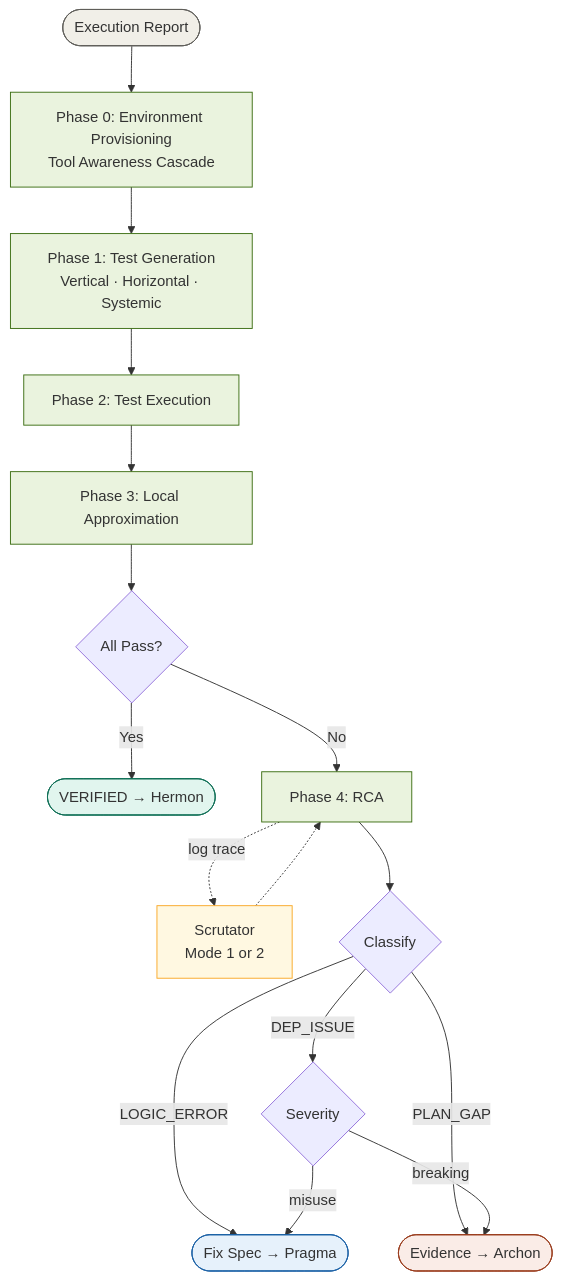
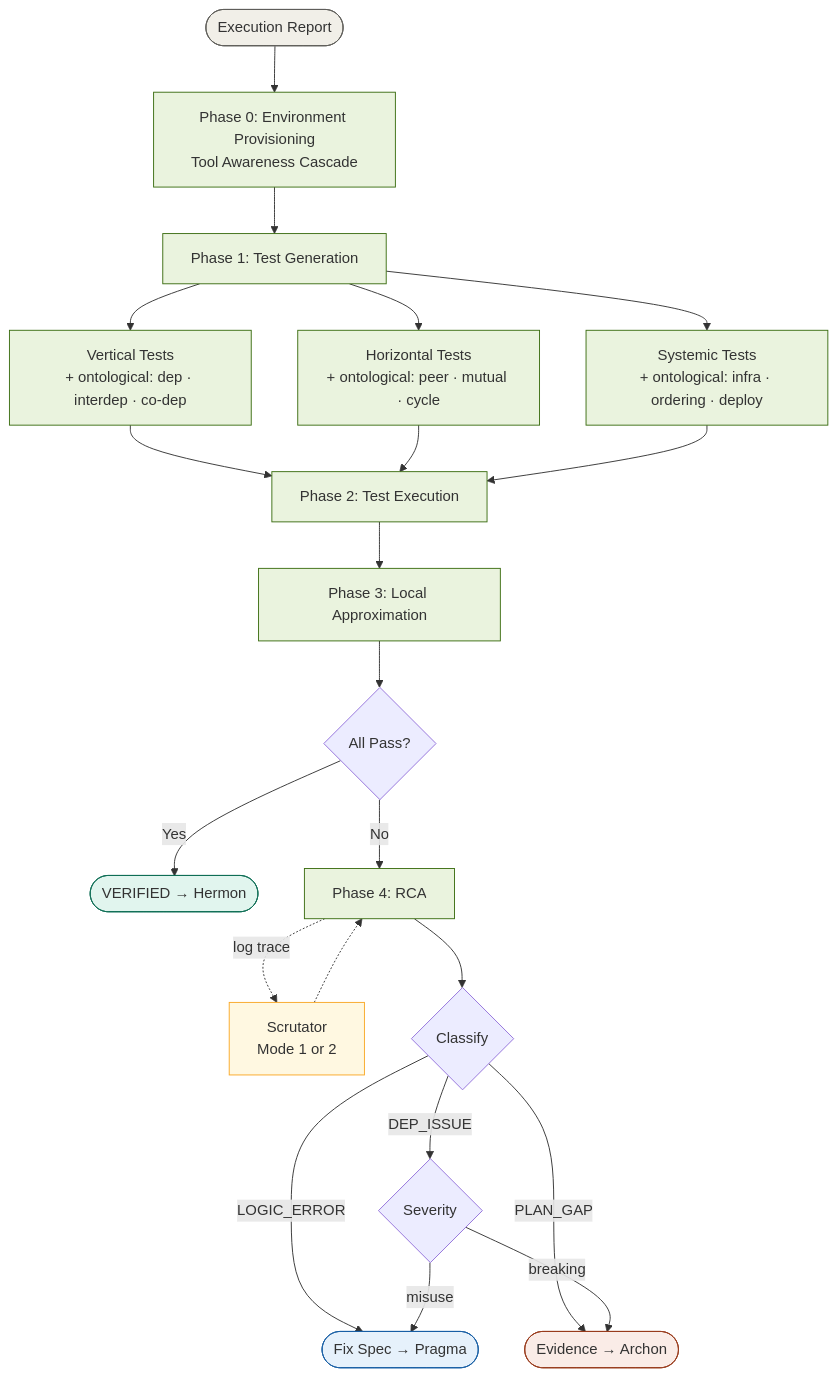
The fifth of 7 diagrams in claude/README.md (ancrz/pipeline-agentic), drawn with Mermaid before and after one commit. The commit also changed other lines of this file, not shown here.

First line of the commit message:
docs(readme): add RE flow and ontological tests to Mermaid diagrams

````diff
--- a/claude/README.md
+++ b/claude/README.md
@@ -191,29 +226,37 @@
 ```mermaid
 flowchart TD
     ER([Execution Report]) --> EP[Phase 0: Environment Provisioning<br/>Tool Awareness Cascade]
-    EP --> TG[Phase 1: Test Generation<br/>Vertical · Horizontal · Systemic]
-    TG --> TE[Phase 2: Test Execution]
+    EP --> TG[Phase 1: Test Generation]
+    TG --> VT[Vertical Tests<br/>+ ontological: dep · interdep · co-dep]
+    TG --> HT[Horizontal Tests<br/>+ ontological: peer · mutual · cycle]
+    TG --> ST[Systemic Tests<br/>+ ontological: infra · ordering · deploy]
+    VT --> TE[Phase 2: Test Execution]
+    HT --> TE
+    ST --> TE
     TE --> LAP[Phase 3: Local Approximation]
     LAP --> PASS{All Pass?}
     PASS -->|Yes| VER([VERIFIED → Hermon])
     PASS -->|No| RCA[Phase 4: RCA]
     RCA -.->|log trace| SCR[Scrutator<br/>Mode 1 or 2]
     SCR -.-> RCA
     RCA --> CLS{Classify}
     CLS -->|LOGIC_ERROR| PRA([Fix Spec → Pragma])
     CLS -->|PLAN_GAP| ARC([Evidence → Archon])
     CLS -->|DEP_ISSUE| DEP{Severity}
     DEP -->|breaking| ARC
     DEP -->|misuse| PRA
 
     style ER fill:#F1EFE8,stroke:#5F5E5A
     style EP fill:#EAF3DE,stroke:#3B6D11
     style TG fill:#EAF3DE,stroke:#3B6D11
+    style VT fill:#EAF3DE,stroke:#3B6D11
+    style HT fill:#EAF3DE,stroke:#3B6D11
+    style ST fill:#EAF3DE,stroke:#3B6D11
     style TE fill:#EAF3DE,stroke:#3B6D11
     style LAP fill:#EAF3DE,stroke:#3B6D11
     style RCA fill:#EAF3DE,stroke:#3B6D11
     style SCR fill:#FFF8E1,stroke:#F9A825
     style VER fill:#E1F5EE,stroke:#0F6E56
     style PRA fill:#E6F1FB,stroke:#185FA5
     style ARC fill:#FAECE7,stroke:#993C1D
 ```
````
